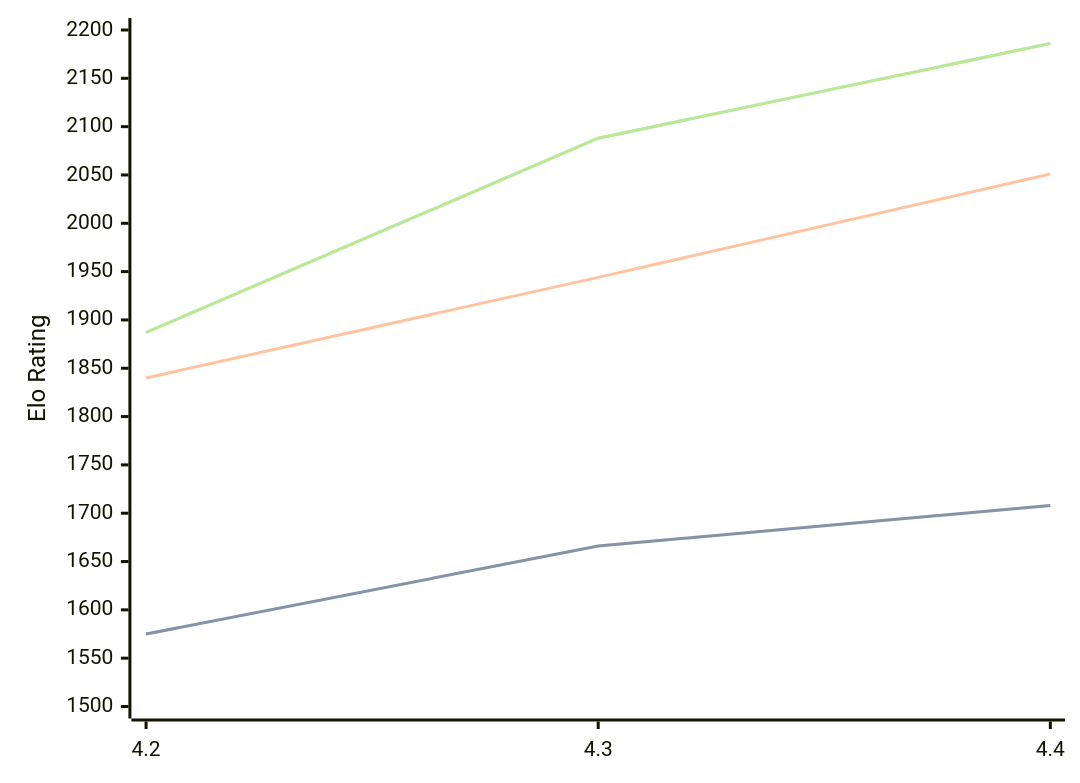
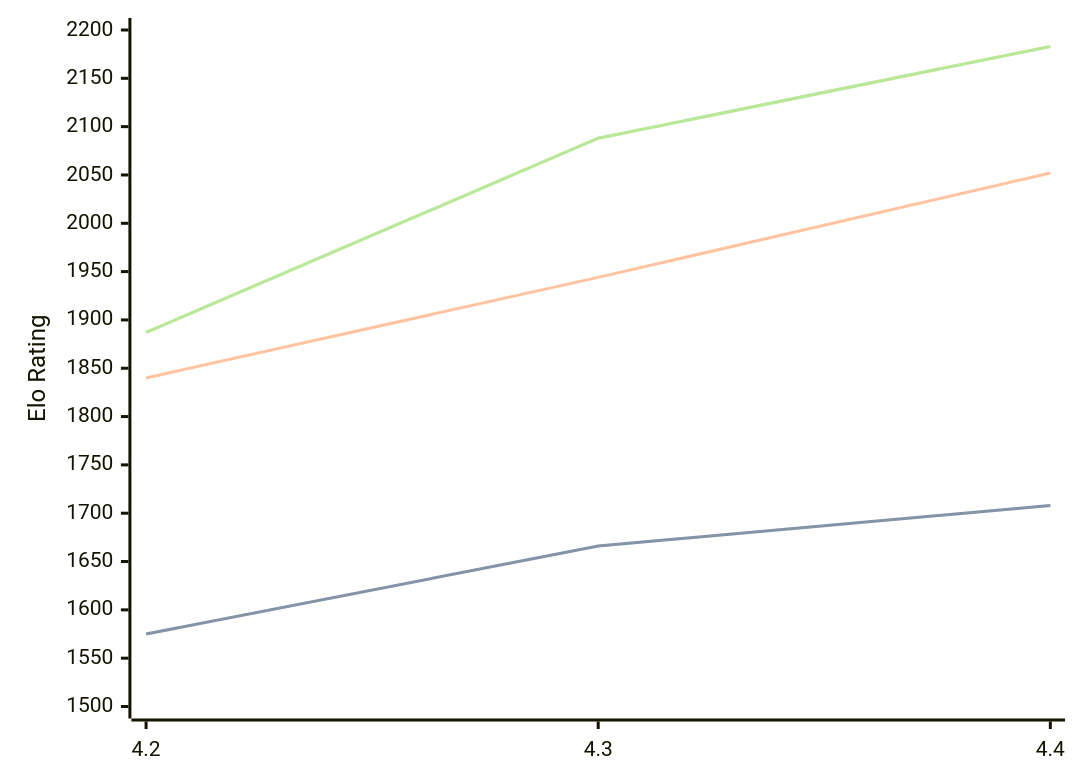
Before and after one commit to computer-chess-index/cci: the third of 3 diagrams in engines/Radiance.md, drawn with Mermaid. The commit also changed other lines of this file, not shown here.

Commit message:
Update CCI Ratings (ELO VLTC) - 2026-07-06

````diff
--- a/engines/Radiance.md
+++ b/engines/Radiance.md
@@ -69,11 +69,11 @@
 ```mermaid
 %%{init: {"theme":"base","themeVariables":{"seriesColors:['#a3a3a3','#222221','#faa371']}}}%%
 xychart-beta
   x-axis ["4.2", "4.3", "4.4"]
   y-axis "Elo Rating" 1500 --> 2200
   line "STC (8.0+0.08s)" [1575, 1666, 1708]
   line "STC (8.0+0.08s)" [1575, 1666, 1708]
-  line "LTC (60.0+0.60s)" [1840, 1944, 2051]
-  line "VLTC (2m24s+1.12s)" [1887, 2088, 2186]
-  line "VLTC (2m24s+1.12s)" [1887, 2088, 2186]
+  line "LTC (60.0+0.60s)" [1840, 1944, 2052]
+  line "VLTC (2m24s+1.12s)" [1887, 2088, 2183]
+  line "VLTC (2m24s+1.12s)" [1887, 2088, 2183]
 ```
````
